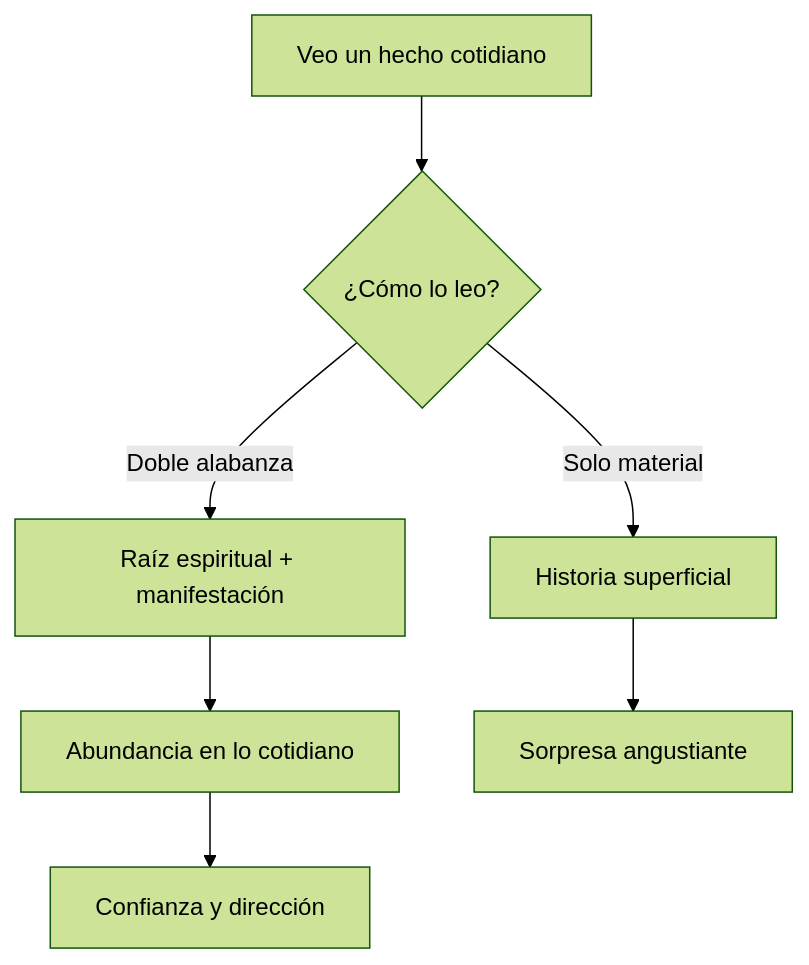
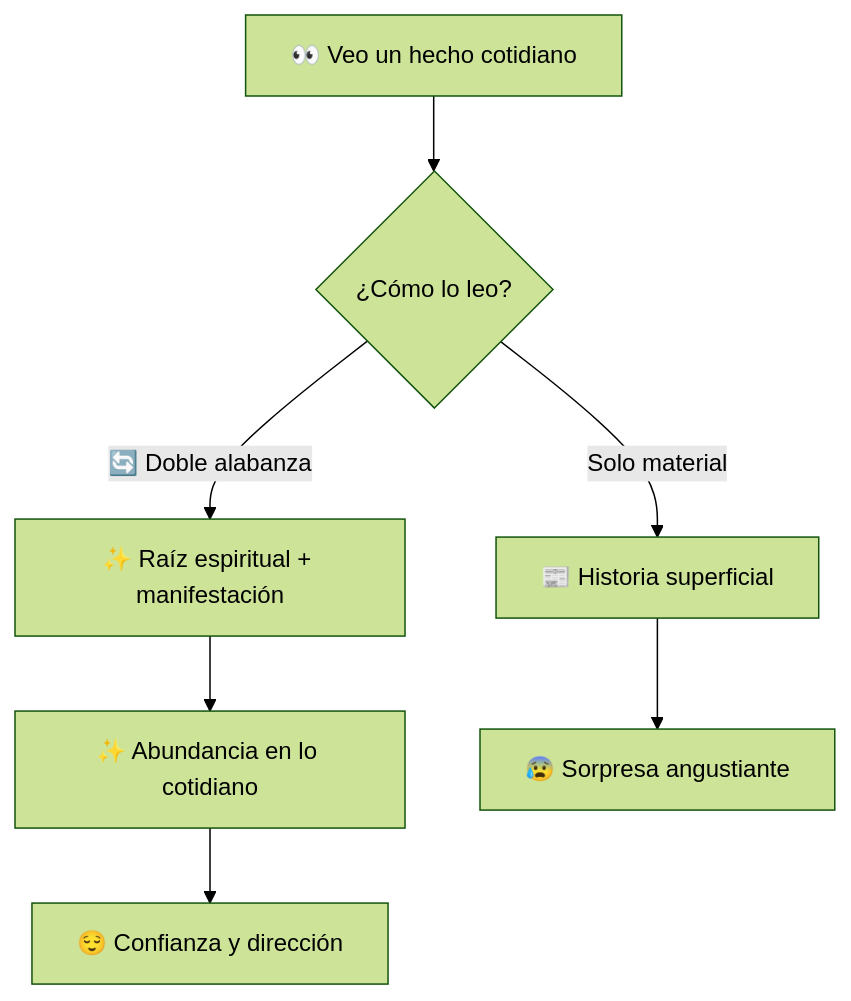
The fifth of 7 diagrams in src/content/blog/masterclass-salmo-145-abundancia-daniel-chapan.md (jeroroldan/jeronimo-blog), drawn with Mermaid (forest theme) before and after one commit. The commit also changed other lines of this file and 1 other file, not shown here.

````diff
--- a/src/content/blog/masterclass-salmo-145-abundancia-daniel-chapan.md
+++ b/src/content/blog/masterclass-salmo-145-abundancia-daniel-chapan.md
@@ -339,9 +339,9 @@
 ```mermaid
 flowchart TD
-    A[Veo un hecho cotidiano] --> B{¿Cómo lo leo?}
-    B -->|Solo material| C[Historia superficial]
-    B -->|Doble alabanza| D[Raíz espiritual + manifestación]
-    D --> E[Abundancia en lo cotidiano]
-    C --> F[Sorpresa angustiante]
-    E --> G[Confianza y dirección]
+    A[👀 Veo un hecho cotidiano] --> B{¿Cómo lo leo?}
+    B -->|Solo material| C[📰 Historia superficial]
+    B -->|🔄 Doble alabanza| D[✨ Raíz espiritual + manifestación]
+    D --> E[✨ Abundancia en lo cotidiano]
+    C --> F[😰 Sorpresa angustiante]
+    E --> G[😌 Confianza y dirección]
 ```
````
